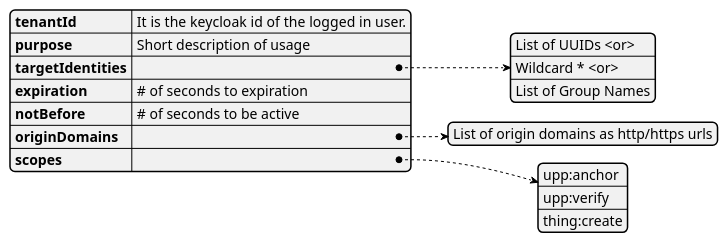
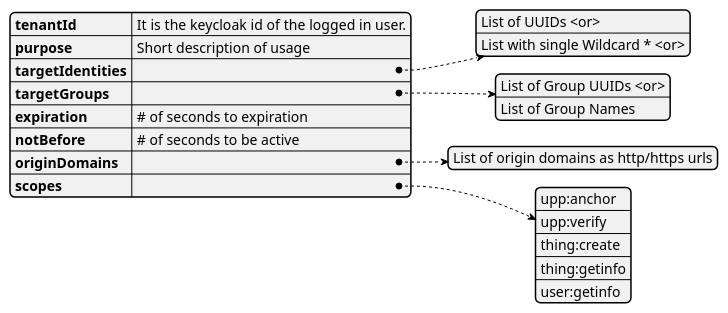
The diagram in DataModel.puml (ubirch/ubirch-token-manager), drawn with PlantUML before and after one commit. The commit also changed 5 other files, not shown here.

```diff
--- a/DataModel.puml
+++ b/DataModel.puml
@@ -1,11 +1,18 @@
 @startjson
 {
   "tenantId": "It is the keycloak id of the logged in user.",
   "purpose":"Short description of usage",
-  "targetIdentities":["List of UUIDs <or>", "Wildcard * <or>", "List of Group Names"],
+  "targetIdentities":["List of UUIDs <or>", "List with single Wildcard * <or>"],
+  "targetGroups": ["List of Group UUIDs <or>", "List of Group Names"],
   "expiration": "# of seconds to expiration",
   "notBefore": "# of seconds to be active",
   "originDomains": ["List of origin domains as http/https urls"],
-  "scopes": ["upp:anchor","upp:verify","thing:create"]
+  "scopes": [
+    "upp:anchor",
+    "upp:verify",
+    "thing:create",
+    "thing:getinfo",
+    "user:getinfo"
+  ]
 }
 @endjson
```
